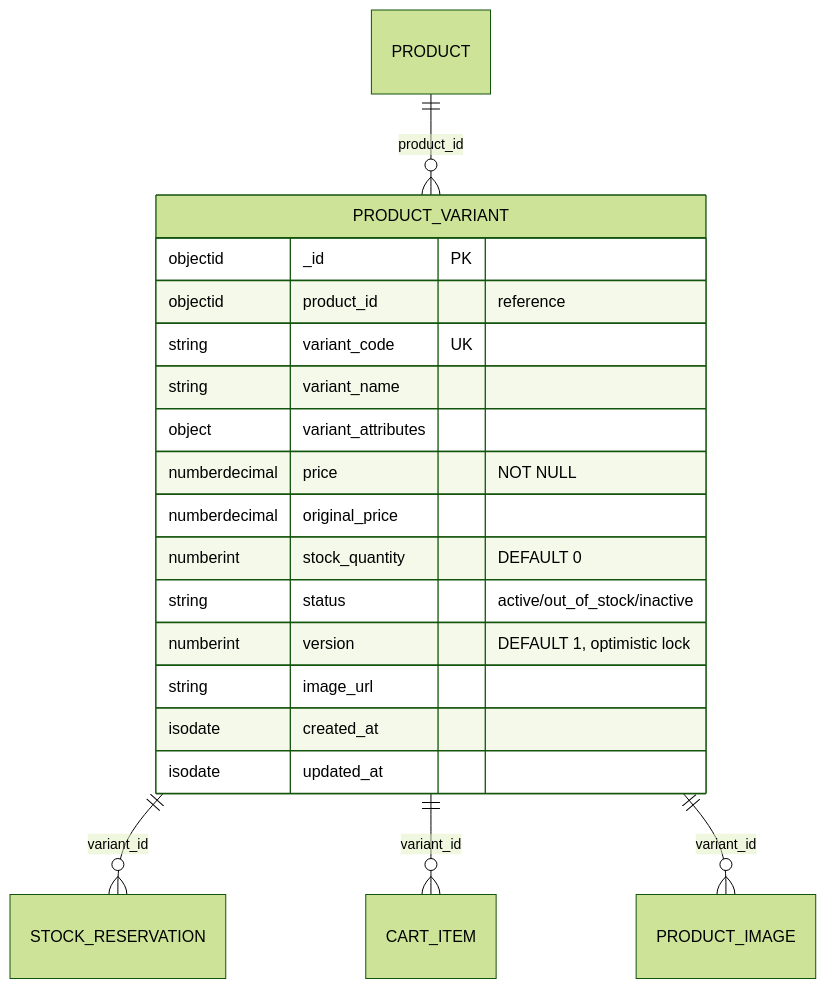
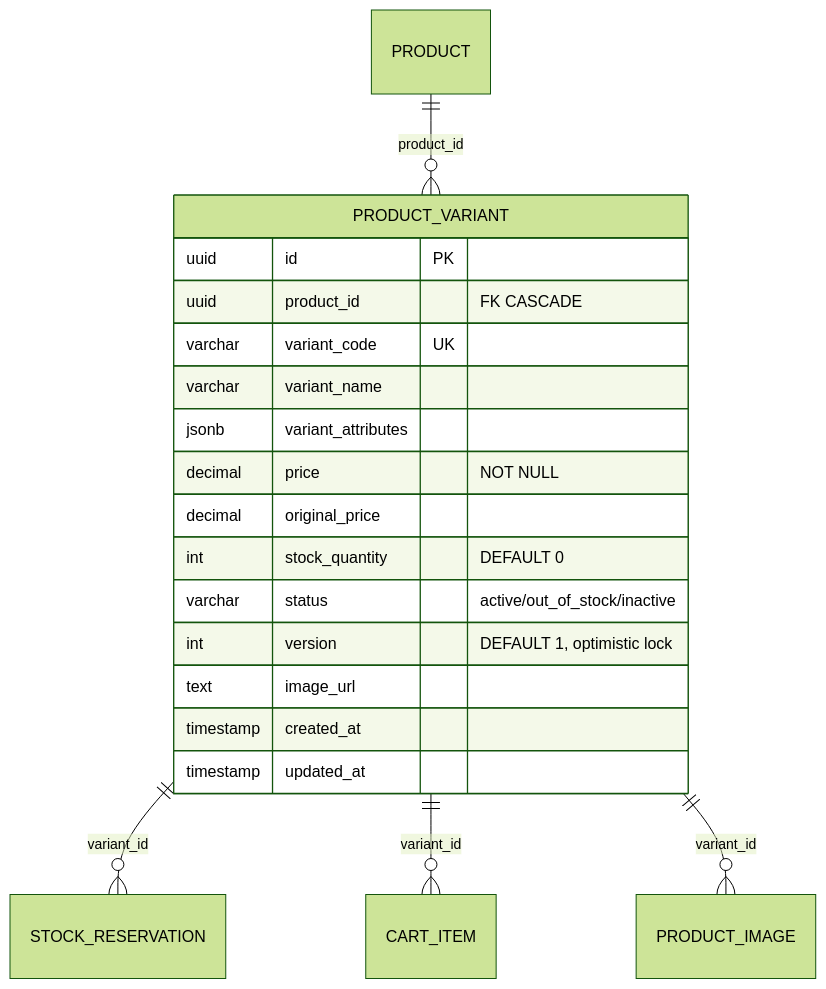
The diagram in documents/data-models/product-service/entity-product-variant.md (ldqanh1408/stealing-from-paradise), drawn with Mermaid (forest theme) before and after one commit. The commit also changed other lines of this file and 128 other files, not shown here.

````diff
--- a/documents/data-models/product-service/entity-product-variant.md
+++ b/documents/data-models/product-service/entity-product-variant.md
@@ -12,23 +12,23 @@
 ```mermaid
 erDiagram
     PRODUCT ||--o{ PRODUCT_VARIANT : "product_id"
     PRODUCT_VARIANT ||--o{ STOCK_RESERVATION : "variant_id"
     PRODUCT_VARIANT ||--o{ CART_ITEM : "variant_id"
     PRODUCT_VARIANT ||--o{ PRODUCT_IMAGE : "variant_id"
 
     PRODUCT_VARIANT {
-        objectid _id PK
-        objectid product_id "reference"
-        string variant_code UK
-        string variant_name
-        object variant_attributes
-        numberdecimal price "NOT NULL"
-        numberdecimal original_price
-        numberint stock_quantity "DEFAULT 0"
-        string status "active/out_of_stock/inactive"
-        numberint version "DEFAULT 1, optimistic lock"
-        string image_url
-        isodate created_at
-        isodate updated_at
+        uuid id PK
+        uuid product_id "FK CASCADE"
+        varchar variant_code UK
+        varchar variant_name
+        jsonb variant_attributes
+        decimal price "NOT NULL"
+        decimal original_price
+        int stock_quantity "DEFAULT 0"
+        varchar status "active/out_of_stock/inactive"
+        int version "DEFAULT 1, optimistic lock"
+        text image_url
+        timestamp created_at
+        timestamp updated_at
     }
 ```
````
